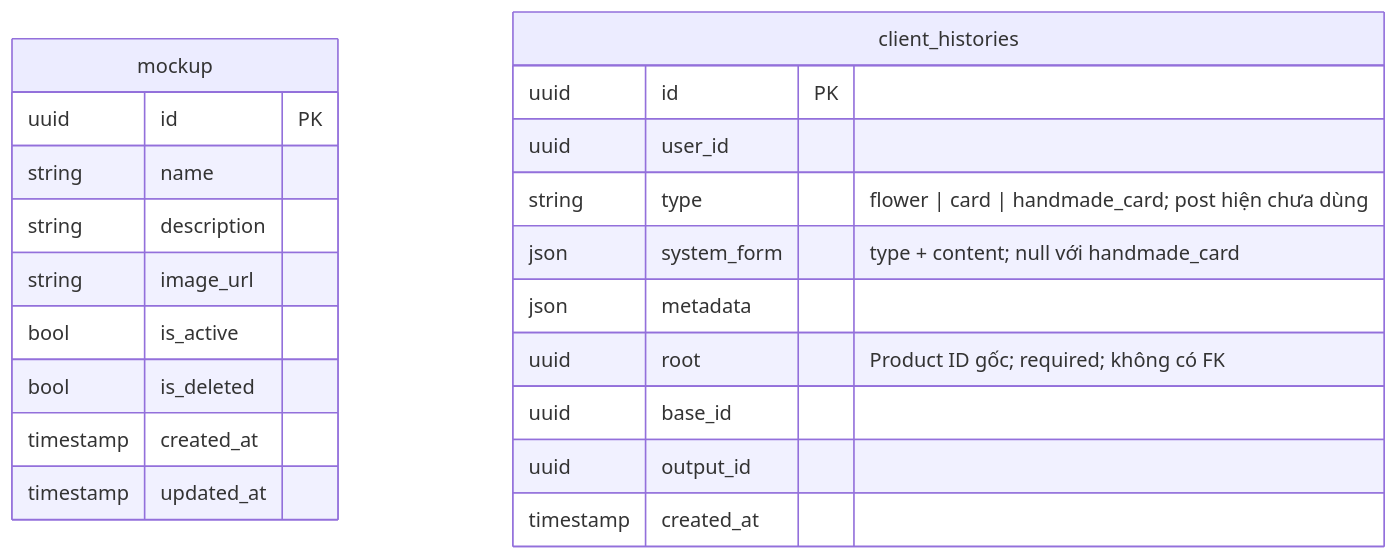
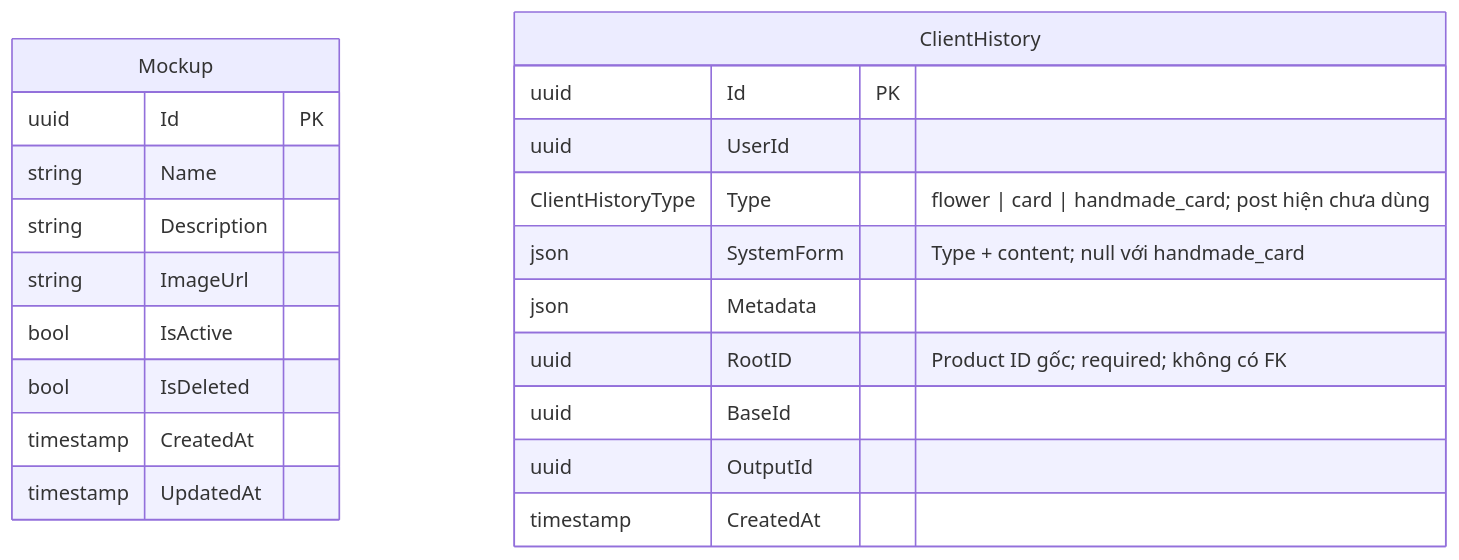
Before and after one commit to TaskCoper/hoatheomua-be: the diagram in HoaTheoMua.Repository/docs/AI_Mockup_Context.md, drawn with Mermaid. The commit also changed other lines of this file and 499 other files, not shown here.

````diff
--- a/HoaTheoMua.Repository/docs/AI_Mockup_Context.md
+++ b/HoaTheoMua.Repository/docs/AI_Mockup_Context.md
@@ -166,25 +166,25 @@
 ```mermaid
 erDiagram
-    mockup {
-        uuid id PK
-        string name
-        string description
-        string image_url
-        bool is_active
-        bool is_deleted
-        timestamp created_at
-        timestamp updated_at
+    Mockup {
+        uuid Id PK
+        string Name
+        string Description
+        string ImageUrl
+        bool IsActive
+        bool IsDeleted
+        timestamp CreatedAt
+        timestamp UpdatedAt
     }
 
-    client_histories {
-        uuid id PK
-        uuid user_id
-        string type "flower | card | handmade_card; post hiện chưa dùng"
-        json system_form "type + content; null với handmade_card"
-        json metadata
-        uuid root "Product ID gốc; required; không có FK"
-        uuid base_id
-        uuid output_id
-        timestamp created_at
+    ClientHistory {
+        uuid Id PK
+        uuid UserId
+        ClientHistoryType Type "flower | card | handmade_card; post hiện chưa dùng"
+        json SystemForm "Type + content; null với handmade_card"
+        json Metadata
+        uuid RootID "Product ID gốc; required; không có FK"
+        uuid BaseId
+        uuid OutputId
+        timestamp CreatedAt
     }
 ```
````
